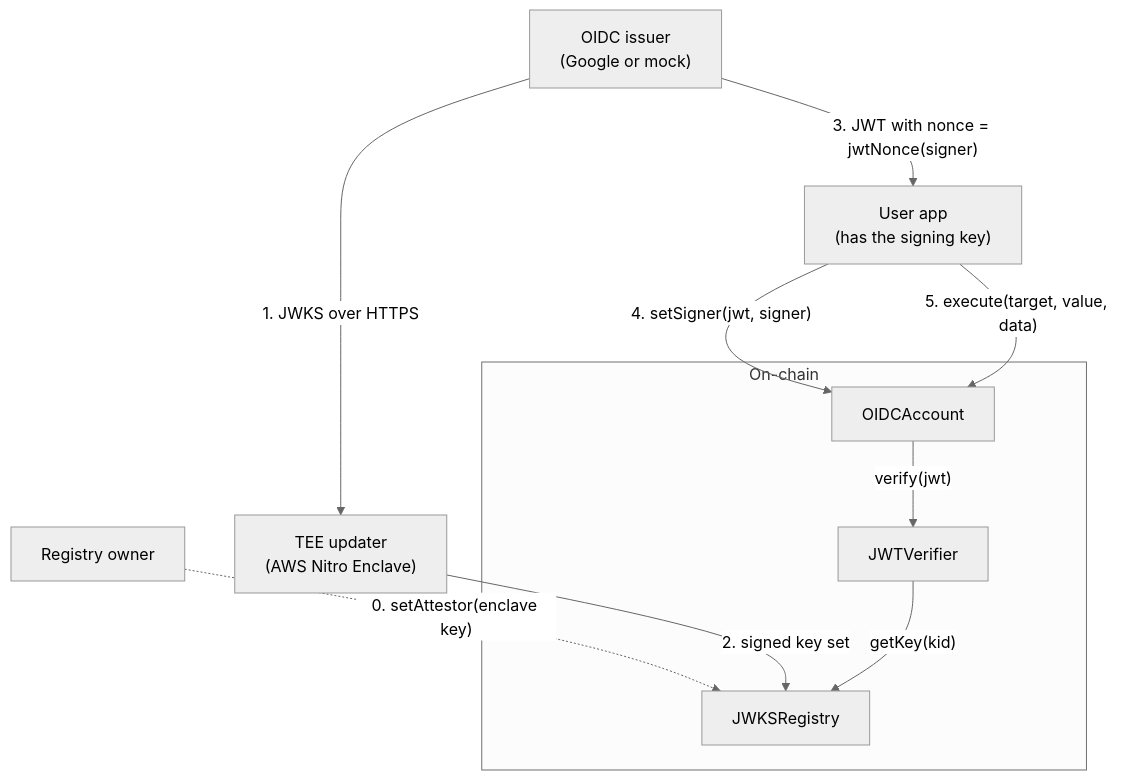
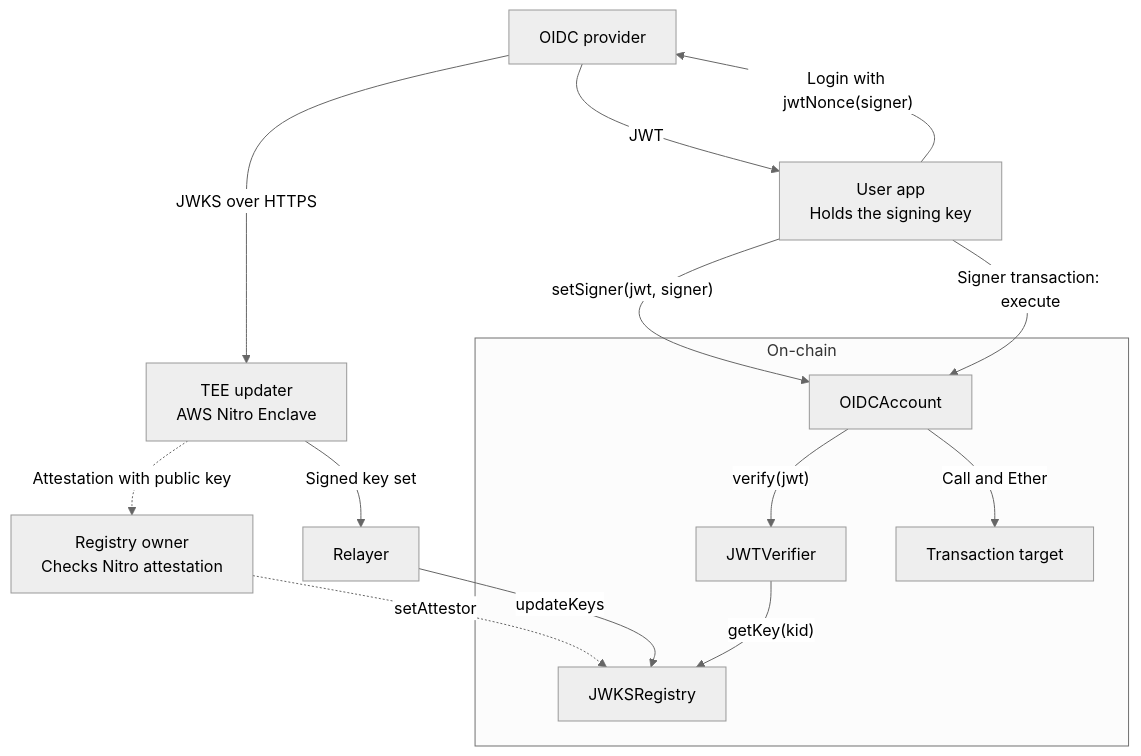
The diagram in README.md (mmv08/oidc-smart-account), drawn with Mermaid (neutral theme) before and after one commit. The commit also changed other lines of this file and 19 other files, not shown here.

Commit message:
Simplify the OIDC demo and fix JWT and JWKS validation

````diff
--- a/README.md
+++ b/README.md
@@ -14,22 +15,28 @@
 ```mermaid
 flowchart TB
-    owner["Registry owner"]
-    issuer["OIDC issuer<br/>(Google or mock)"]
-    tee["TEE updater<br/>(AWS Nitro Enclave)"]
-    user["User app<br/>(has the signing key)"]
+    provider["OIDC provider"]
+    tee["TEE updater<br/>AWS Nitro Enclave"]
+    operator["Registry owner<br/>Checks Nitro attestation"]
+    relayer["Relayer"]
+    user["User app<br/>Holds the signing key"]
 
-    subgraph chain [On-chain]
+    subgraph chain["On-chain"]
         registry["JWKSRegistry"]
         verifier["JWTVerifier"]
         account["OIDCAccount"]
+        target["Transaction target"]
     end
 
-    owner -. "0. setAttestor(enclave key)" .-> registry
-    issuer -- "1. JWKS over HTTPS" --> tee
-    tee -- "2. signed key set" --> registry
-    issuer -- "3. JWT with nonce = jwtNonce(signer)" --> user
-    user -- "4. setSigner(jwt, signer)" --> account
-    user -- "5. execute(target, value, data)" --> account
+    tee -. "Attestation with public key" .-> operator
+    operator -. "setAttestor" .-> registry
+    provider -- "JWKS over HTTPS" --> tee
+    tee -- "Signed key set" --> relayer
+    relayer -- "updateKeys" --> registry
+    user -- "Login with jwtNonce(signer)" --> provider
+    provider -- "JWT" --> user
+    user -- "setSigner(jwt, signer)" --> account
     account -- "verify(jwt)" --> verifier
     verifier -- "getKey(kid)" --> registry
+    user -- "Signer transaction: execute" --> account
+    account -- "Call and Ether" --> target
 ```
````
